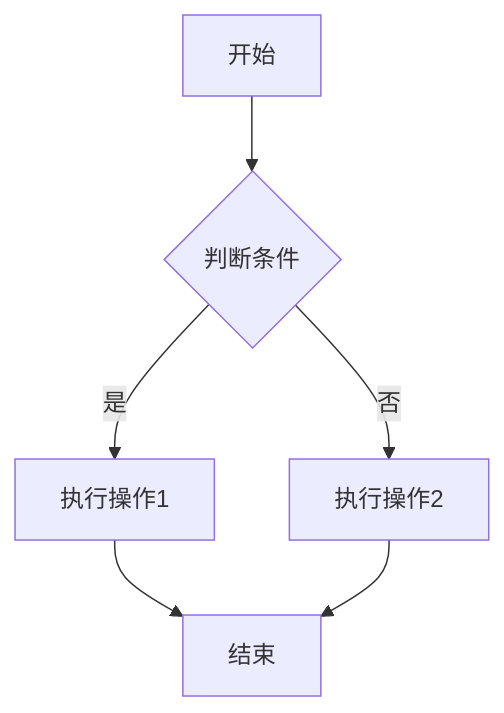
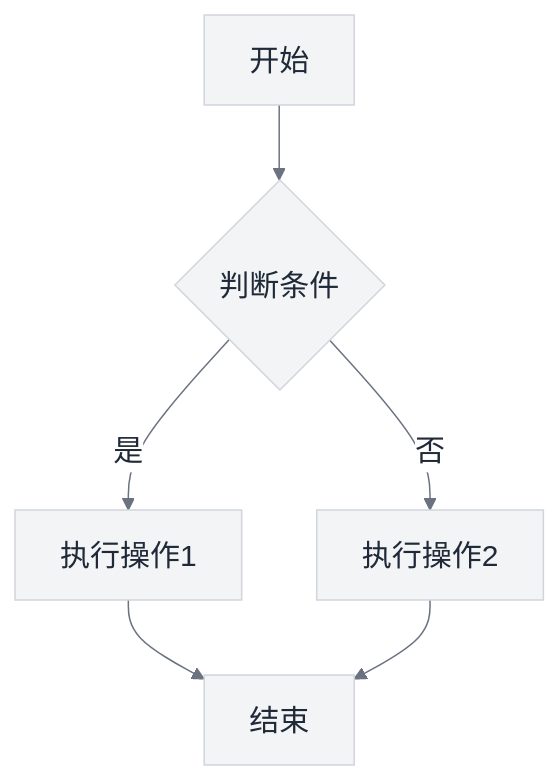
Before and after one commit to Nianxin123/ClaudeCode-WebUI: the first of 2 diagrams in workspace/CLAUDE.md, drawn with Mermaid. The commit also changed other lines of this file and 3 other files, not shown here.

````diff
--- a/workspace/CLAUDE.md
+++ b/workspace/CLAUDE.md
@@ -19,8 +38,9 @@
 ```mermaid
+%%{init: {'theme': 'base', 'themeVariables': {'fontSize': '20px', 'fontFamily': 'Microsoft YaHei', 'primaryColor': '#F3F4F6', 'primaryTextColor': '#1F2937', 'primaryBorderColor': '#D1D5DB', 'lineColor': '#6B7280', 'secondaryColor': '#ECFDF5', 'tertiaryColor': '#EFF6FF', 'edgeLabelBackground': '#ffffff'}}}%%
 graph TD
     A[开始] --> B{判断条件}
     B -->|是| C[执行操作1]
     B -->|否| D[执行操作2]
     C --> E[结束]
     D --> E
 ```
````
